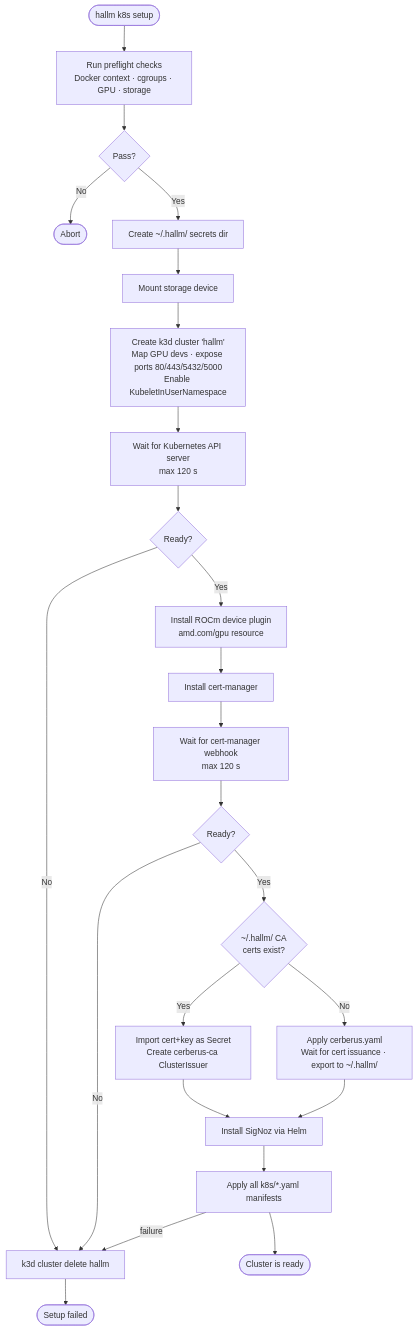
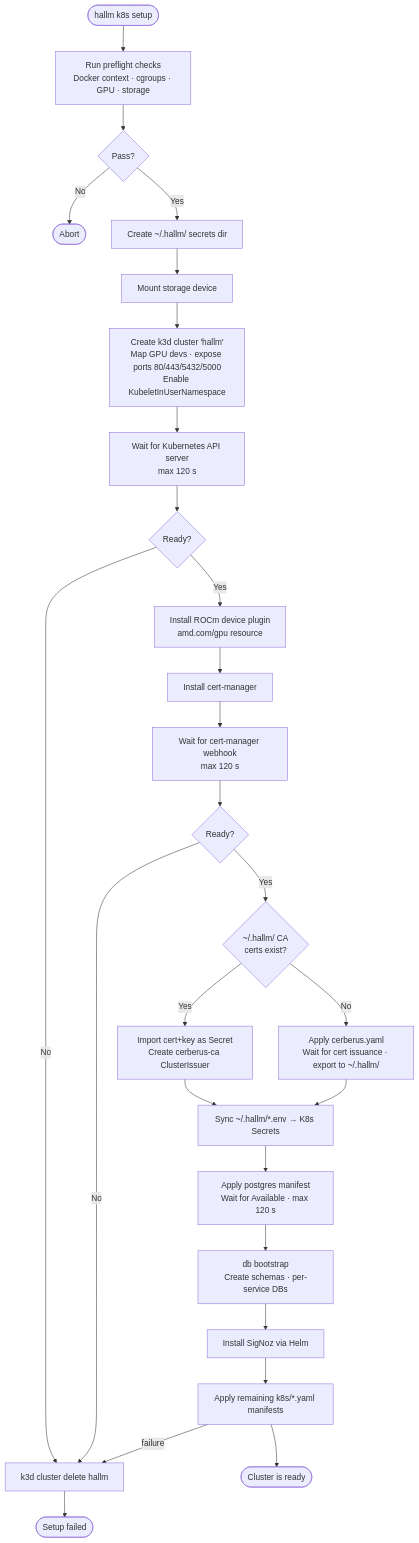
One commit to niltonfrederico/hallm changed the diagram in README.md. Above: the diagram before and after it, drawn with Mermaid. The commit also changed 5 other files, not shown here.

First line of the commit message:
docs(README.md): update cluster setup flowchart to reflect new steps build(docker-compose

````diff
--- a/README.md
+++ b/README.md
@@ -105,26 +105,29 @@
 ```mermaid
 flowchart TD
     START([hallm k8s setup]) --> PREFLIGHT[Run preflight checks\nDocker context · cgroups · GPU · storage]
     PREFLIGHT --> PRE_OK{Pass?}
     PRE_OK -- No --> ABORT([Abort])
     PRE_OK -- Yes --> SECRETS[Create ~/.hallm/ secrets dir]
     SECRETS --> MOUNT[Mount storage device]
     MOUNT --> K3D[Create k3d cluster 'hallm'\nMap GPU devs · expose ports 80/443/5432/5000\nEnable KubeletInUserNamespace]
     K3D --> API[Wait for Kubernetes API server\nmax 120 s]
     API --> API_OK{Ready?}
     API_OK -- No --> NUKE
     API_OK -- Yes --> ROCM[Install ROCm device plugin\namd.com/gpu resource]
     ROCM --> CM[Install cert-manager]
     CM --> WEBHOOK[Wait for cert-manager webhook\nmax 120 s]
     WEBHOOK --> WH_OK{Ready?}
     WH_OK -- No --> NUKE
     WH_OK -- Yes --> CA_EXISTS{~/.hallm/ CA\ncerts exist?}
     CA_EXISTS -- Yes --> CA_IMPORT[Import cert+key as Secret\nCreate cerberus-ca ClusterIssuer]
     CA_EXISTS -- No --> CA_NEW[Apply cerberus.yaml\nWait for cert issuance · export to ~/.hallm/]
-    CA_IMPORT --> SIGNOZ[Install SigNoz via Helm]
-    CA_NEW --> SIGNOZ
-    SIGNOZ --> MANIFESTS[Apply all k8s/*.yaml manifests]
+    CA_IMPORT --> SYNC[Sync ~/.hallm/*.env → K8s Secrets]
+    CA_NEW --> SYNC
+    SYNC --> PG[Apply postgres manifest\nWait for Available · max 120 s]
+    PG --> DBBOOT[db bootstrap\nCreate schemas · per-service DBs]
+    DBBOOT --> SIGNOZ[Install SigNoz via Helm]
+    SIGNOZ --> MANIFESTS[Apply remaining k8s/*.yaml manifests]
     MANIFESTS --> DONE([Cluster is ready])
     MANIFESTS -- failure --> NUKE[k3d cluster delete hallm]
     NUKE --> FAIL([Setup failed])
 ```
````
